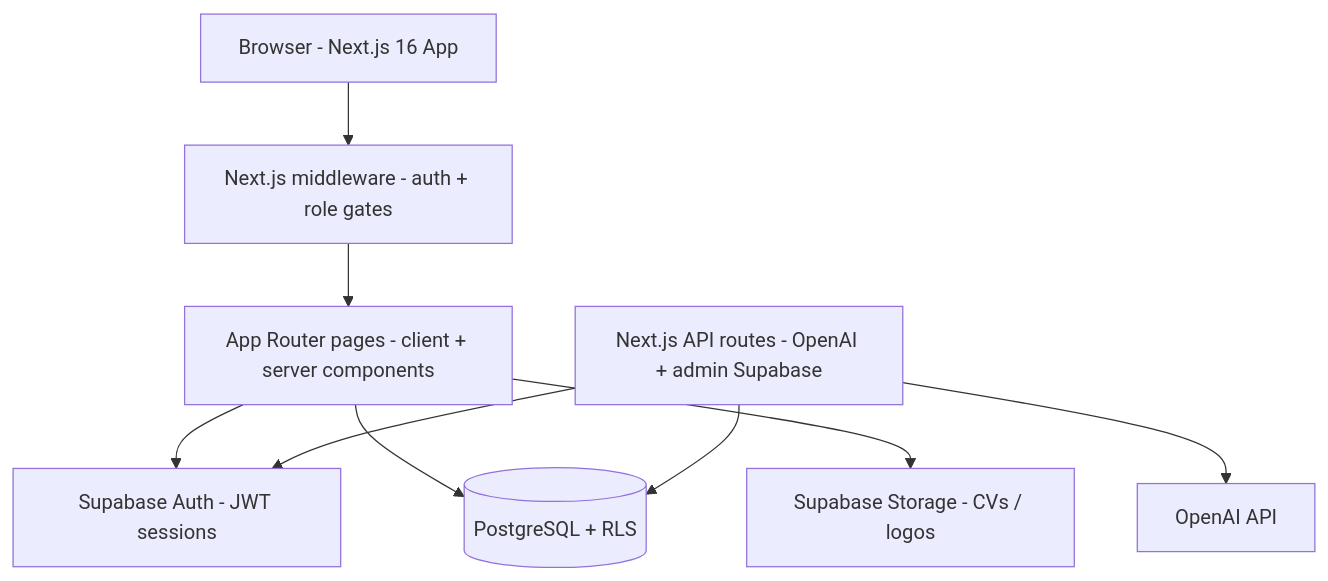
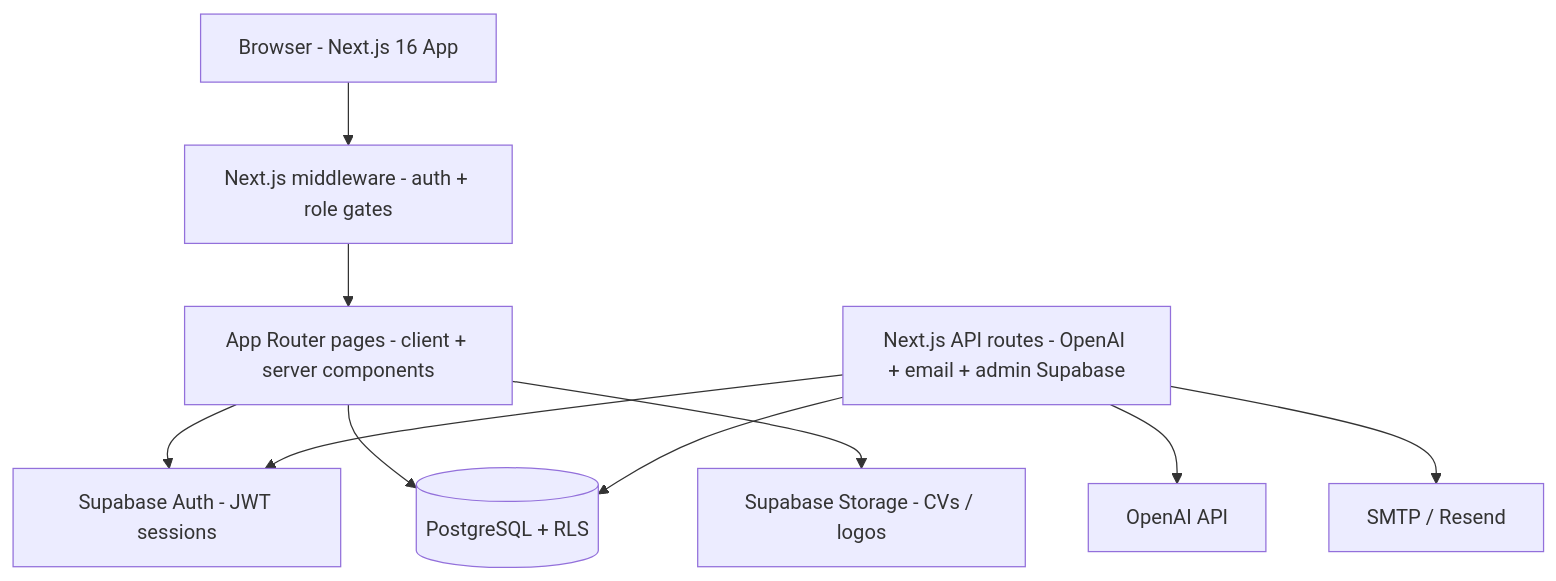
One commit to HamzahDrawsheh/Internships_Platform changed the first of 2 diagrams in CONTEXT_ENG/PROJECT_OVERVIEW.md. Above: the diagram before and after it, drawn with Mermaid. The commit also changed other lines of this file and 12 other files, not shown here.

First line of the commit message:
Persist CV builder data, align docs with Next.js architecture, and clean repo orphans.

````diff
--- a/CONTEXT_ENG/PROJECT_OVERVIEW.md
+++ b/CONTEXT_ENG/PROJECT_OVERVIEW.md
@@ -11,19 +11,21 @@
 ```mermaid
 flowchart TB
   Browser[Browser - Next.js 16 App]
   Middleware[Next.js middleware - auth + role gates]
   Pages[App Router pages - client + server components]
-  APIRoutes[Next.js API routes - OpenAI + admin Supabase]
+  APIRoutes[Next.js API routes - OpenAI + email + admin Supabase]
   SupabaseAuth[Supabase Auth - JWT sessions]
   SupabaseDB[(PostgreSQL + RLS)]
   SupabaseStorage[Supabase Storage - CVs / logos]
   OpenAI[OpenAI API]
+  Email[SMTP / Resend]
 
   Browser --> Middleware --> Pages
   Pages --> SupabaseAuth
   Pages --> SupabaseDB
   Pages --> SupabaseStorage
   APIRoutes --> SupabaseAuth
   APIRoutes --> SupabaseDB
   APIRoutes --> OpenAI
+  APIRoutes --> Email
 ```
````
